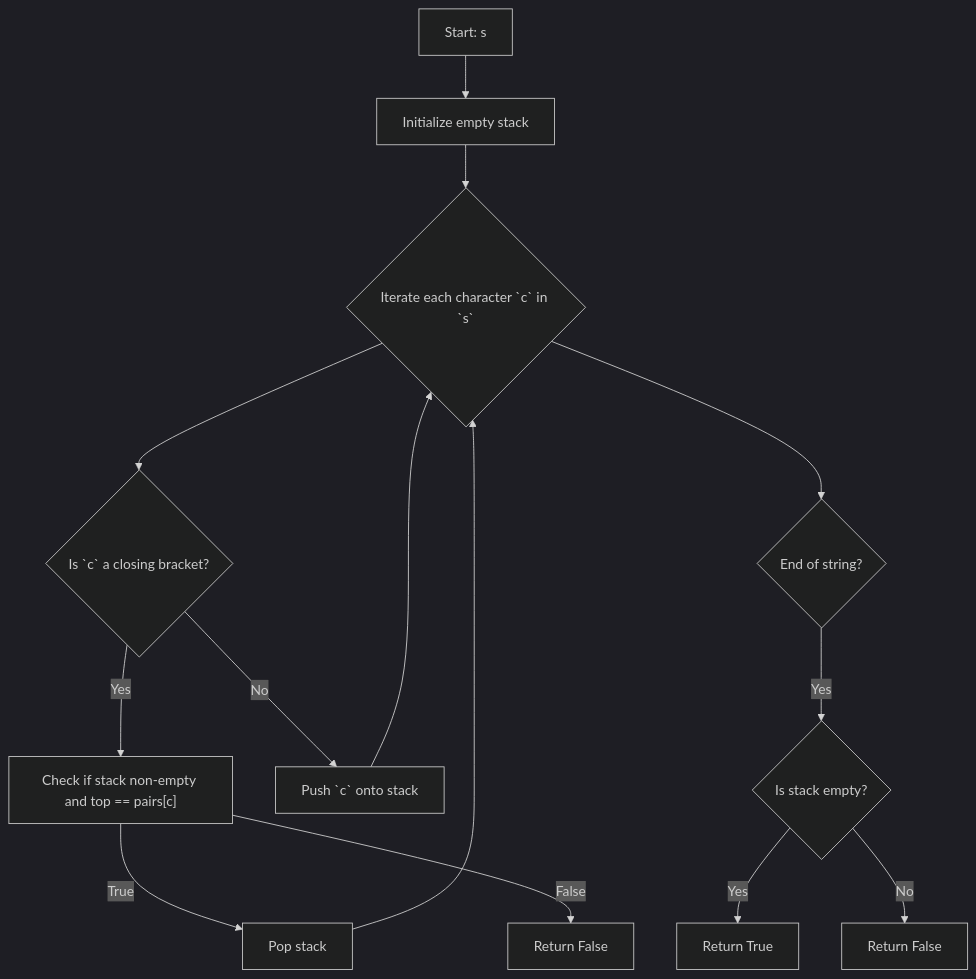
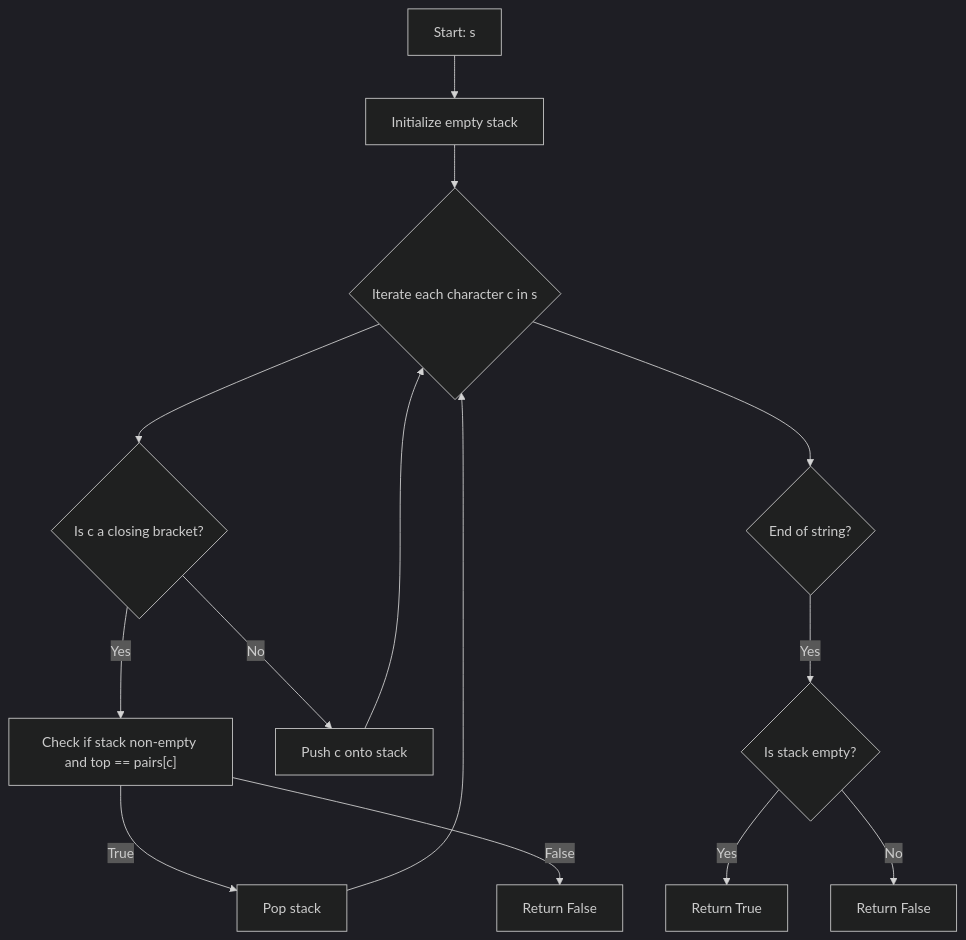
One commit to djeada/Leetcode-Solutions changed the diagram in notes/20_valid_parentheses.md. Above: the diagram before and after it, drawn with Mermaid (dark theme). The commit also changed other lines of this file, not shown here.

````diff
--- a/notes/20_valid_parentheses.md
+++ b/notes/20_valid_parentheses.md
@@ -21,16 +25,16 @@
 ```mermaid
 flowchart TD
   A["Start: s"] --> B["Initialize empty stack"]
-  B --> C{"Iterate each character `c` in `s`"}
-  C --> D{"Is `c` a closing bracket?"}
+  B --> C{"Iterate each character c in s"}
+  C --> D{"Is c a closing bracket?"}
   D -->|Yes| E["Check if stack non-empty and top == pairs[c]"]
   E -->|True| F["Pop stack"]
   E -->|False| G["Return False"]
-  D -->|No| H["Push `c` onto stack"]
+  D -->|No| H["Push c onto stack"]
   F --> C
   H --> C
   C --> I{"End of string?"}
   I -->|Yes| J{"Is stack empty?"}
   J -->|Yes| K["Return True"]
   J -->|No| L["Return False"]
 ```
````
